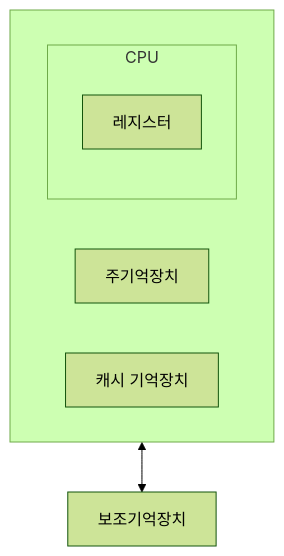
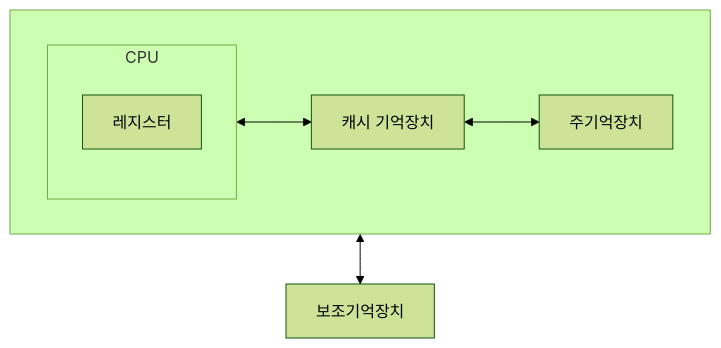
One commit to choiexe1/local changed the diagram in Lectures/25년 1학기/컴퓨터의 이해/5강 보조기억장치와 데이터 저장.md. Above: the diagram before and after it, drawn with Mermaid (forest theme). The commit also changed other lines of this file and 1 other file, not shown here.

````diff
--- a/Lectures/25년 1학기/컴퓨터의 이해/5강 보조기억장치와 데이터 저장.md
+++ b/Lectures/25년 1학기/컴퓨터의 이해/5강 보조기억장치와 데이터 저장.md
@@ -52,21 +13,19 @@
 ```mermaid
-graph
+graph TB
 
 subgraph CPU
 	레지스터
 end
 
-주기억장치
-
-Cache["캐시 기억장치"]
-
 D["보조기억장치"]
 
 subgraph A[" "]
 	CPU
-	Cache
+	Cache["캐시 기억장치"]
 	주기억장치
 end
 
+CPU <--> Cache <--> 주기억장치
+
 A <--> D
 ```
````
